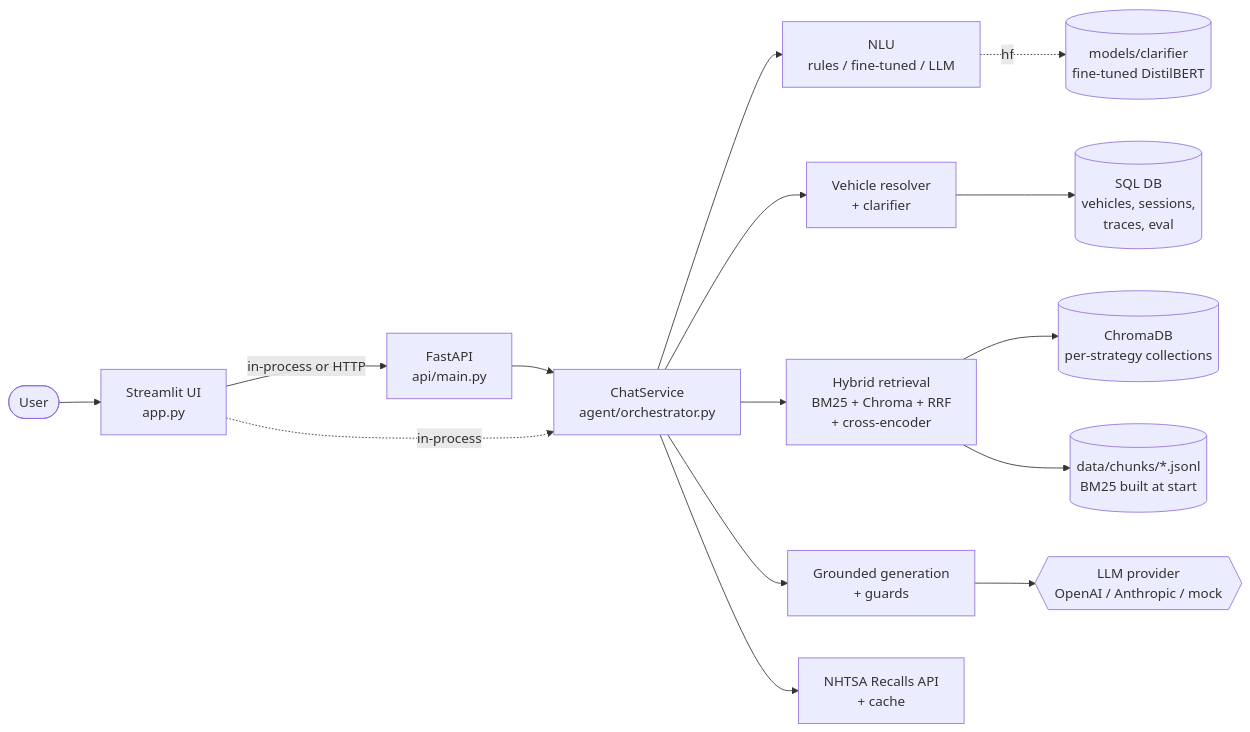
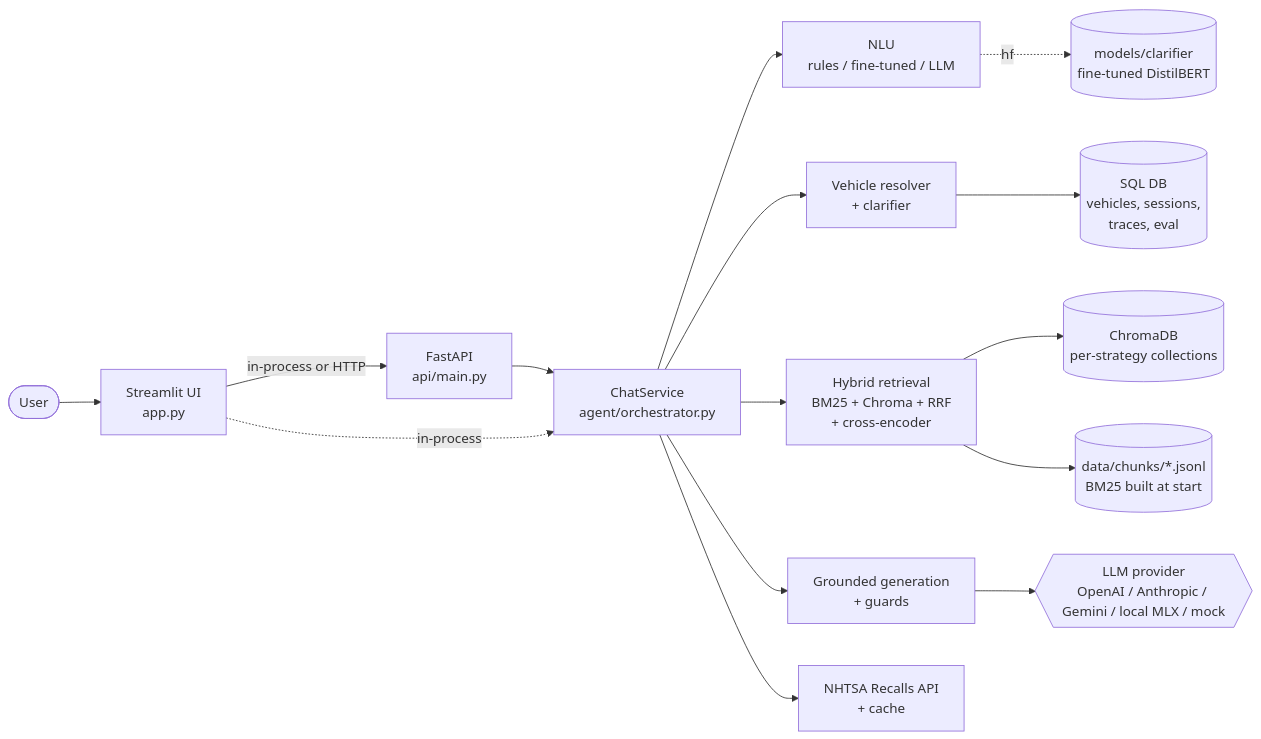
One commit to chethansai999/autoguide-ai changed the first of 5 diagrams in docs/ARCHITECTURE.md. Above: the diagram before and after it, drawn with Mermaid. The commit also changed other lines of this file and 14 other files, not shown here.

Commit message:
Add local MLX generation and preserve unknown feature availability

````diff
--- a/docs/ARCHITECTURE.md
+++ b/docs/ARCHITECTURE.md
@@ -49,17 +49,17 @@
 ```mermaid
 flowchart LR
     user([User]) --> ui[Streamlit UI<br/>app.py]
     ui -- in-process or HTTP --> api[FastAPI<br/>api/main.py]
     api --> svc[ChatService<br/>agent/orchestrator.py]
     ui -. in-process .-> svc
     svc --> nlu[NLU<br/>rules / fine-tuned / LLM]
     svc --> res[Vehicle resolver<br/>+ clarifier]
     svc --> rag[Hybrid retrieval<br/>BM25 + Chroma + RRF<br/>+ cross-encoder]
     svc --> gen[Grounded generation<br/>+ guards]
     res --> sql[(SQL DB<br/>vehicles, sessions,<br/>traces, eval)]
     rag --> chroma[(ChromaDB<br/>per-strategy collections)]
     rag --> chunks[(data/chunks/*.jsonl<br/>BM25 built at start)]
     svc --> recalls[NHTSA Recalls API<br/>+ cache]
-    gen --> llm{{LLM provider<br/>OpenAI / Anthropic / mock}}
+    gen --> llm{{LLM provider<br/>OpenAI / Anthropic / Gemini / local MLX / mock}}
     nlu -. hf .-> model[(models/clarifier<br/>fine-tuned DistilBERT)]
 ```
````
